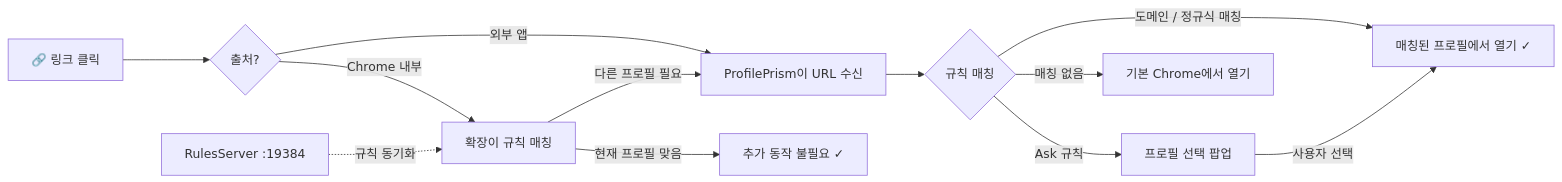
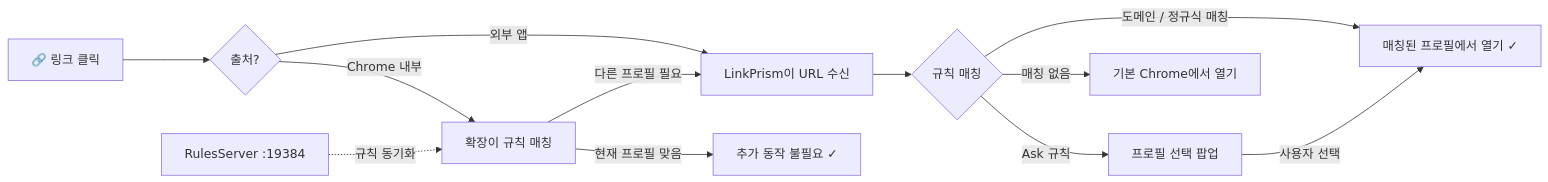
The diagram in README.ko.md (badaverse/linkprism), drawn with Mermaid before and after one commit. The commit also changed other lines of this file and 81 other files, not shown here.

First line of the commit message:
rebrand: rename ProfilePrism to LinkPrism

````diff
--- a/README.ko.md
+++ b/README.ko.md
@@ -93,15 +93,15 @@
 ```mermaid
 graph LR
     A["🔗 링크 클릭"] --> B{"출처?"}
-    B -->|"외부 앱"| C["ProfilePrism이 URL 수신"]
+    B -->|"외부 앱"| C["LinkPrism이 URL 수신"]
     B -->|"Chrome 내부"| D["확장이 규칙 매칭"]
     D -->|"다른 프로필 필요"| C
     D -->|"현재 프로필 맞음"| I["추가 동작 불필요 ✓"]
     C --> E{"규칙 매칭"}
     E -->|"도메인 / 정규식 매칭"| F["매칭된 프로필에서 열기 ✓"]
     E -->|"Ask 규칙"| G["프로필 선택 팝업"]
     E -->|"매칭 없음"| H["기본 Chrome에서 열기"]
     G -->|"사용자 선택"| F
 
     J["RulesServer :19384"] -.->|"규칙 동기화"| D
 ```
````
